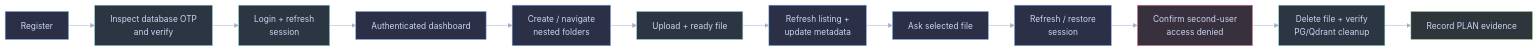
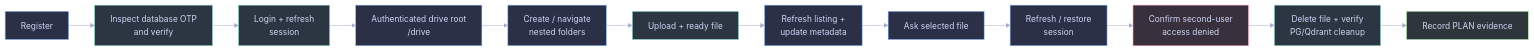
One commit to RyxnDmello/atlas changed the sixth of 6 diagrams in prompts/PHASE_02/PHASE_02.md. Above: the diagram before and after it, drawn with Mermaid. The commit also changed other lines of this file and 90 other files, not shown here.

````diff
--- a/prompts/PHASE_02/PHASE_02.md
+++ b/prompts/PHASE_02/PHASE_02.md
@@ -511,26 +521,26 @@
 ```mermaid
 %%{init: {'theme': 'base', 'themeVariables': {'background': '#1e1e2e', 'primaryColor': '#45475a', 'primaryTextColor': '#cdd6f4', 'primaryBorderColor': '#89b4fa', 'lineColor': '#a6adc8', 'secondaryColor': '#313244', 'tertiaryColor': '#181825', 'fontFamily': 'Inter, sans-serif'}}}%%
 flowchart LR
     Register["Register"] --> OTP["Inspect database OTP<br/>and verify"]
     OTP --> Session["Login + refresh<br/>session"]
-    Session --> Dashboard["Authenticated dashboard"]
+    Session --> Dashboard["Authenticated drive root<br/>/drive"]
     Dashboard --> Folders["Create / navigate<br/>nested folders"]
     Folders --> Upload["Upload + ready file"]
     Upload --> Metadata["Refresh listing +<br/>update metadata"]
     Metadata --> Ask["Ask selected file"]
     Ask --> Restore["Refresh / restore<br/>session"]
     Restore --> Isolation["Confirm second-user<br/>access denied"]
     Isolation --> Delete["Delete file + verify<br/>PG/Qdrant cleanup"]
     Delete --> Evidence["Record PLAN evidence"]
     class Register,Dashboard,Folders,Metadata,Ask,Restore client;
     class OTP,Session,Upload,Delete service;
     class Isolation denied;
     class Evidence verified;
     classDef client fill:#2b3046,stroke:#89b4fa,stroke-width:1px,color:#cdd6f4;
     classDef service fill:#2c3642,stroke:#94e2d5,stroke-width:1px,color:#cdd6f4;
     classDef storage fill:#332e46,stroke:#cba6f7,stroke-width:1px,color:#cdd6f4;
     classDef verified fill:#2e363c,stroke:#a6e3a1,stroke-width:1px,color:#cdd6f4;
     classDef planned fill:#30323f,stroke:#b4befe,stroke-width:1px,color:#cdd6f4;
     classDef caution fill:#38362e,stroke:#f9e2af,stroke-width:1px,color:#cdd6f4;
     classDef denied fill:#39303d,stroke:#f38ba8,stroke-width:1px,color:#cdd6f4;
 ```
````
